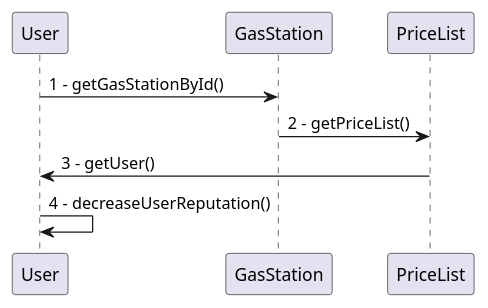
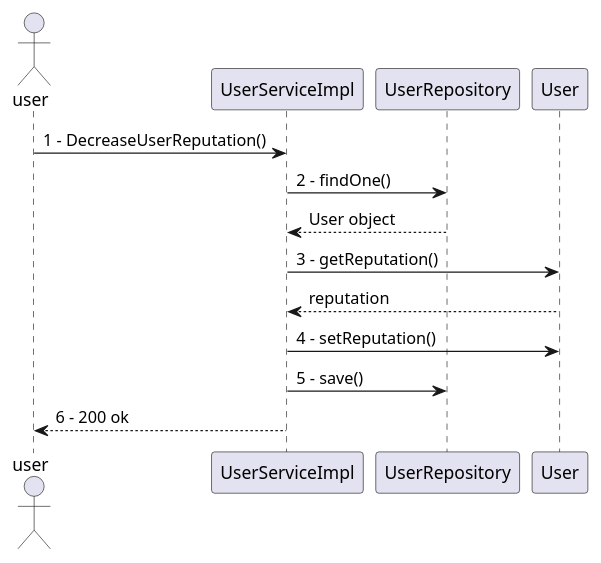
One commit to polito-se2-2020-team6/ezgas changed the sixth of 6 diagrams in docs/DesignDocument.md. Above: the diagram before and after it, drawn with PlantUML. The commit also changed other lines of this file, not shown here.

Commit message:
docs: add verification sequence diagrams

````diff
--- a/docs/DesignDocument.md
+++ b/docs/DesignDocument.md
@@ -494,10 +553,13 @@
 ```plantuml
 @startuml
-
-User -> GasStation : 1 - getGasStationById()
-GasStation -> PriceList : 2 - getPriceList()
-PriceList -> User : 3 - getUser()
-User -> User : 4 - decreaseUserReputation()
-
+actor user as u
+u -> UserServiceImpl : 1 - DecreaseUserReputation()
+UserServiceImpl -> UserRepository : 2 - findOne()
+UserRepository --> UserServiceImpl : User object
+UserServiceImpl -> User: 3 - getReputation()
+User --> UserServiceImpl : reputation
+UserServiceImpl -> User: 4 - setReputation()
+UserServiceImpl -> UserRepository : 5 - save()
+UserServiceImpl --> u : 6 - 200 ok
 @enduml
 ```
````
